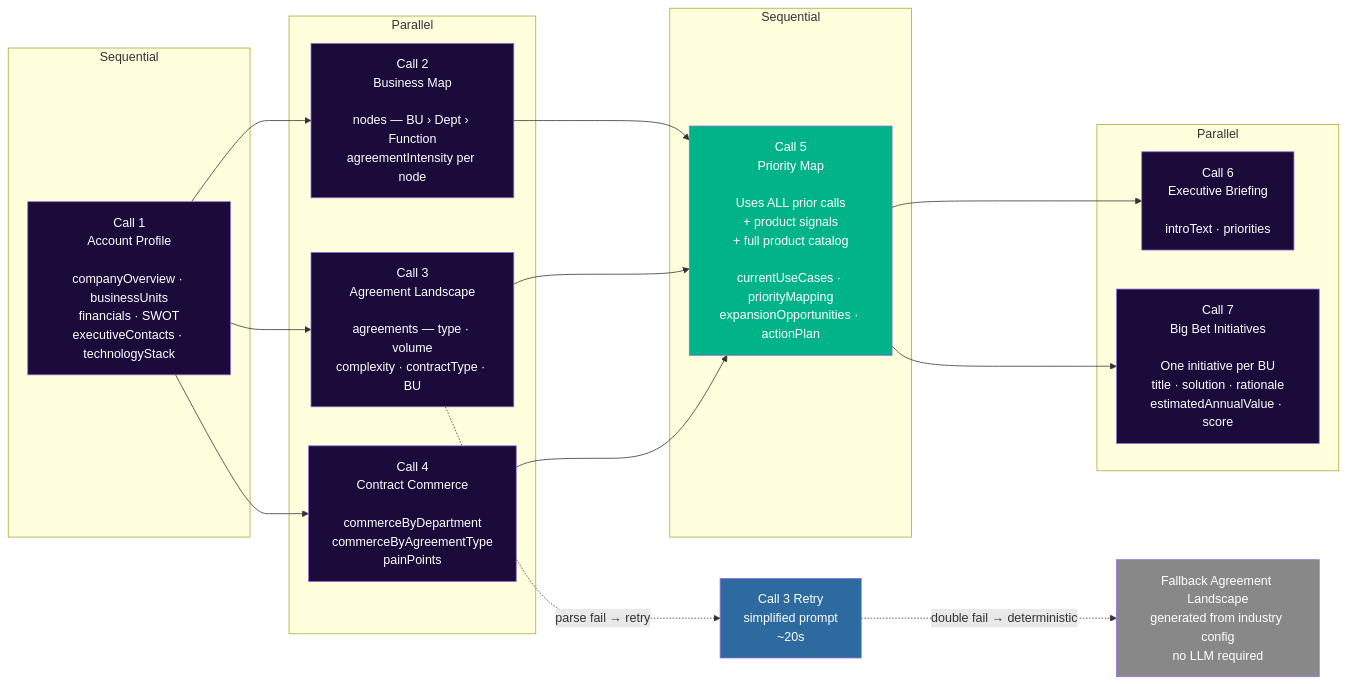
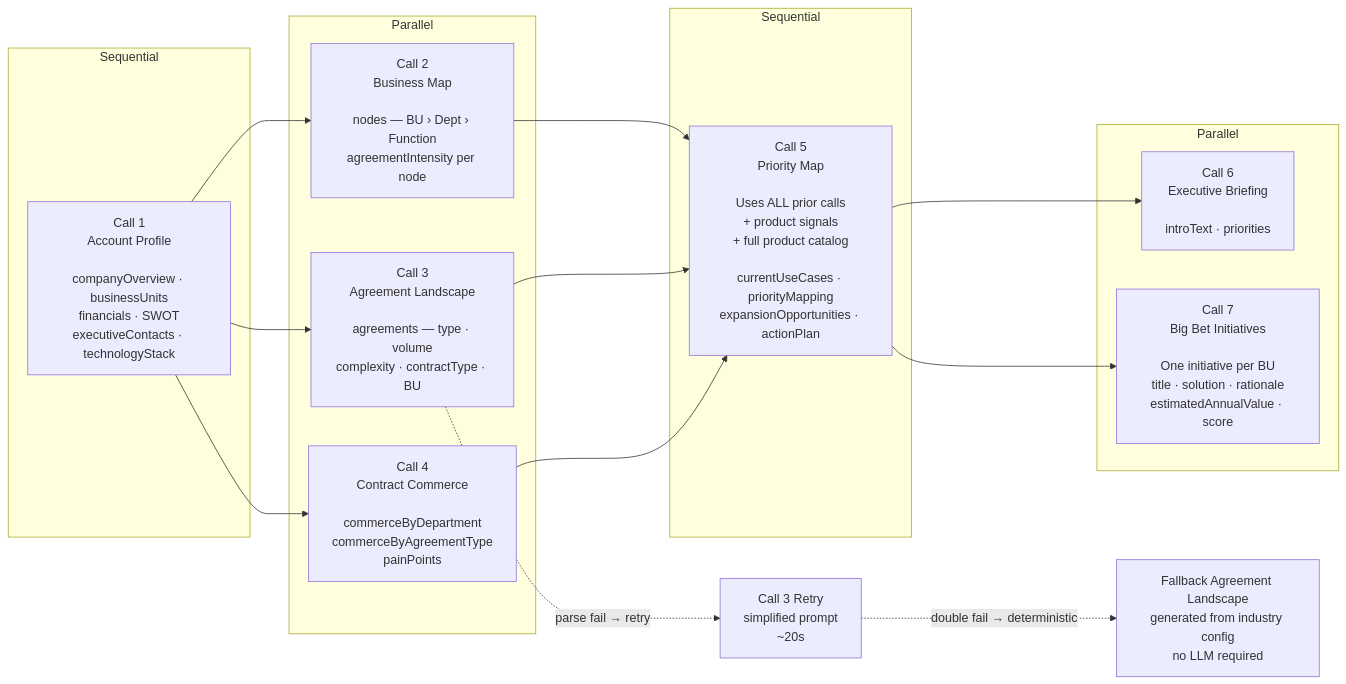
The third of 6 diagrams in README.md (prsolans/growth-strategy-2026), drawn with Mermaid before and after one commit. The commit also changed other lines of this file, not shown here.

First line of the commit message:
Remove Mermaid color styles, fix HTML tags rendering as literal text

````diff
--- a/README.md
+++ b/README.md
@@ -83,38 +73,28 @@
 ```mermaid
 flowchart LR
     subgraph S1["Sequential"]
         C1["Call 1<br/>Account Profile<br/><br/>companyOverview · businessUnits<br/>financials · SWOT<br/>executiveContacts · technologyStack"]
     end
 
     subgraph P1["Parallel"]
         C2["Call 2<br/>Business Map<br/><br/>nodes — BU › Dept › Function<br/>agreementIntensity per node"]
         C3["Call 3<br/>Agreement Landscape<br/><br/>agreements — type · volume<br/>complexity · contractType · BU"]
         C4["Call 4<br/>Contract Commerce<br/><br/>commerceByDepartment<br/>commerceByAgreementType<br/>painPoints"]
     end
 
     subgraph S2["Sequential"]
         C5["Call 5<br/>Priority Map<br/><br/>Uses ALL prior calls<br/>+ product signals<br/>+ full product catalog<br/><br/>currentUseCases · priorityMapping<br/>expansionOpportunities · actionPlan"]
     end
 
     subgraph P2["Parallel"]
         C6["Call 6<br/>Executive Briefing<br/><br/>introText · priorities"]
         C7["Call 7<br/>Big Bet Initiatives<br/><br/>One initiative per BU<br/>title · solution · rationale<br/>estimatedAnnualValue · score"]
     end
 
     C1 --> C2 & C3 & C4
     C2 & C3 & C4 --> C5
     C5 --> C6 & C7
 
     C3 -. "parse fail → retry" .-> C3R["Call 3 Retry<br/>simplified prompt<br/>~20s"]
     C3R -. "double fail → deterministic" .-> FB["Fallback Agreement Landscape<br/>generated from industry config<br/>no LLM required"]
-
-    style C1 fill:#1B0B3B,color:#ffffff
-    style C2 fill:#1B0B3B,color:#ffffff
-    style C3 fill:#1B0B3B,color:#ffffff
-    style C4 fill:#1B0B3B,color:#ffffff
-    style C5 fill:#00B388,color:#ffffff
-    style C6 fill:#1B0B3B,color:#ffffff
-    style C7 fill:#1B0B3B,color:#ffffff
-    style C3R fill:#2d6a9f,color:#ffffff
-    style FB fill:#888888,color:#ffffff
 ```
````
